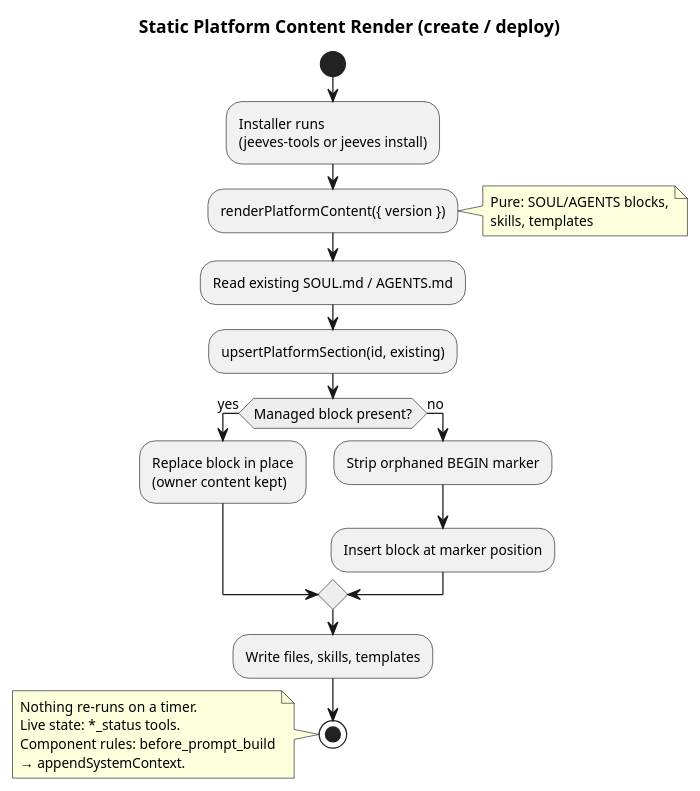
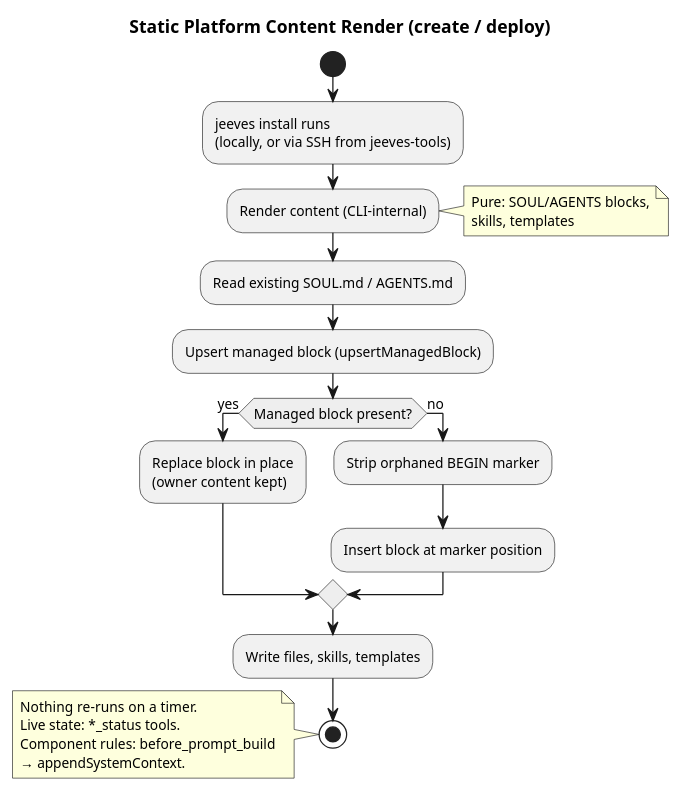
One commit to karmaniverous/jeeves changed the diagram in diagrams/src/managed-content-lifecycle.pu. Above: the diagram before and after it, drawn with PlantUML. The commit also changed 5 other files, not shown here.

First line of the commit message:
[108] docs: jeeves CLI owns content and plugin install

```diff
--- a/diagrams/src/managed-content-lifecycle.pu
+++ b/diagrams/src/managed-content-lifecycle.pu
@@ -1,38 +1,38 @@
 @startuml managed-content-lifecycle
 skinparam shadowing false
 skinparam defaultFontSize 11
 skinparam backgroundColor white
 skinparam ActivityDiamondBackgroundColor #EEEEEE
 
 title Static Platform Content Render (create / deploy)
 
 start
 
-:Installer runs\n(jeeves-tools or jeeves install);
+:jeeves install runs\n(locally, or via SSH from jeeves-tools);
 
-:renderPlatformContent({ version });
+:Render content (CLI-internal);
 note right: Pure: SOUL/AGENTS blocks,\nskills, templates
 
 :Read existing SOUL.md / AGENTS.md;
 
-:upsertPlatformSection(id, existing);
+:Upsert managed block (upsertManagedBlock);
 
 if (Managed block present?) then (yes)
   :Replace block in place\n(owner content kept);
 else (no)
   :Strip orphaned BEGIN marker;
   :Insert block at marker position;
 endif
 
 :Write files, skills, templates;
 
 stop
 
 note
   Nothing re-runs on a timer.
   Live state: *_status tools.
   Component rules: before_prompt_build
   → appendSystemContext.
 end note
 
 @enduml
```
